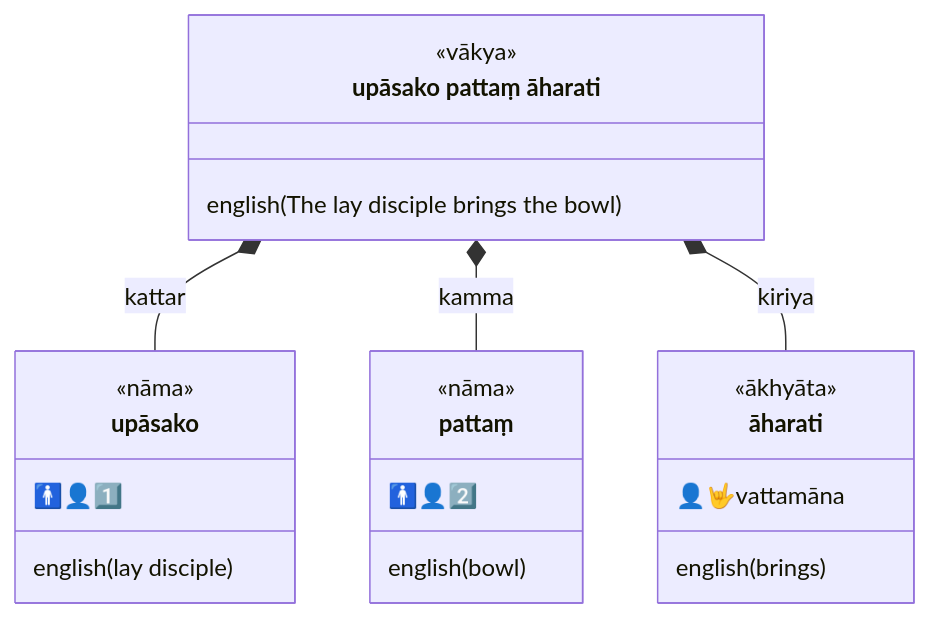
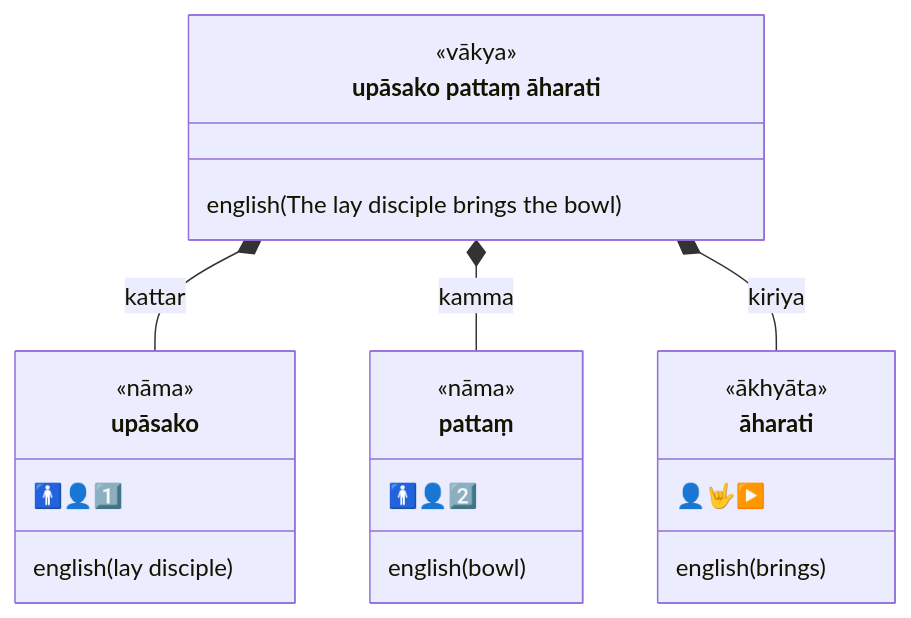
One commit to ChristineTham/buddhavacana changed the third of 6 diagrams in content/en/docs/Pali/sentences.md. Above: the diagram before and after it, drawn with Mermaid. The commit also changed other lines of this file and 6 other files, not shown here.

````diff
--- a/content/en/docs/Pali/sentences.md
+++ b/content/en/docs/Pali/sentences.md
@@ -118,25 +106,25 @@
 ```mermaid
 classDiagram
   class sentence["upāsako pattaṃ āharati"] {
     <<vākya>>
     english(The lay disciple brings the bowl)
   }
   class upāsako {
     <<nāma>>
     🚹👤1️⃣
     english(lay disciple)
   }
   class pattaṃ {
     <<nāma>>
     🚹👤2️⃣
     english(bowl)
   }
   class āharati {
     <<ākhyāta>>
-     👤🤟vattamāna
+     👤🤟▶️
     english(brings)
   }
   sentence *-- upāsako : kattar
   sentence *-- pattaṃ : kamma
   sentence *-- āharati: kiriya
 ```
````
